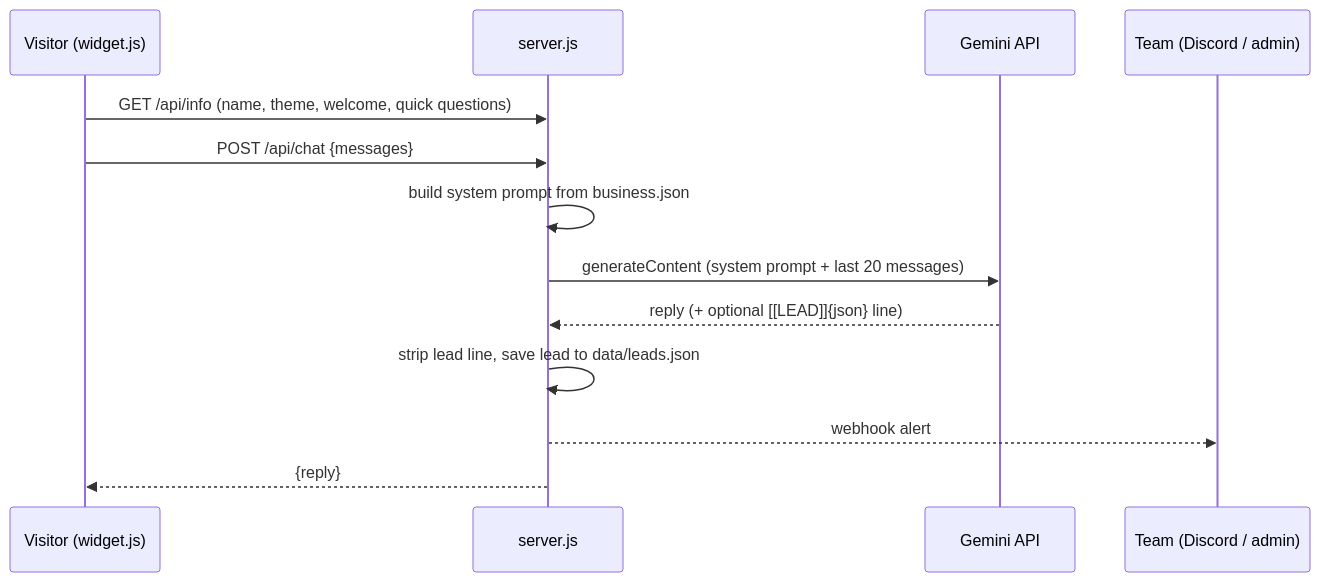
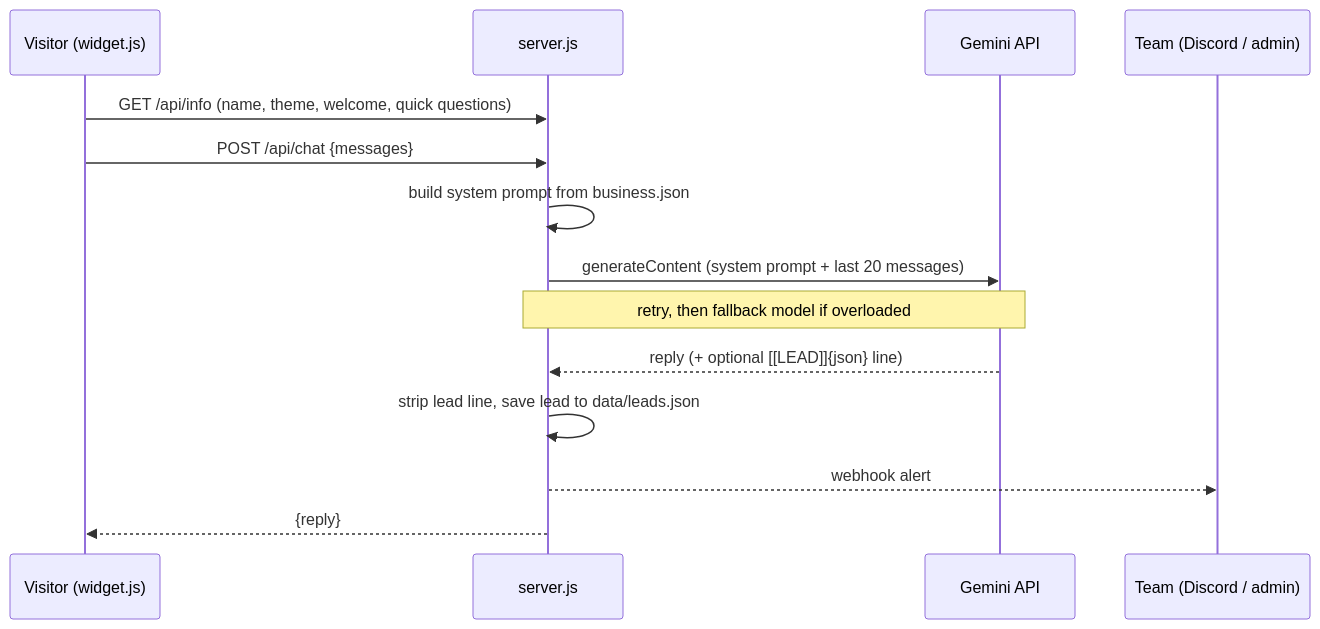
One commit to Tadas380/ai-website-assistant changed the diagram in README.md. Above: the diagram before and after it, drawn with Mermaid. The commit also changed other lines of this file, not shown here.

````diff
--- a/README.md
+++ b/README.md
@@ -35,15 +40,16 @@
 ```mermaid
 sequenceDiagram
     participant V as Visitor (widget.js)
     participant S as server.js
     participant G as Gemini API
     participant T as Team (Discord / admin)
     V->>S: GET /api/info (name, theme, welcome, quick questions)
     V->>S: POST /api/chat {messages}
     S->>S: build system prompt from business.json
     S->>G: generateContent (system prompt + last 20 messages)
+    Note over S,G: retry, then fallback model if overloaded
     G-->>S: reply (+ optional [[LEAD]]{json} line)
     S->>S: strip lead line, save lead to data/leads.json
     S-->>T: webhook alert
     S-->>V: {reply}
 ```
````
